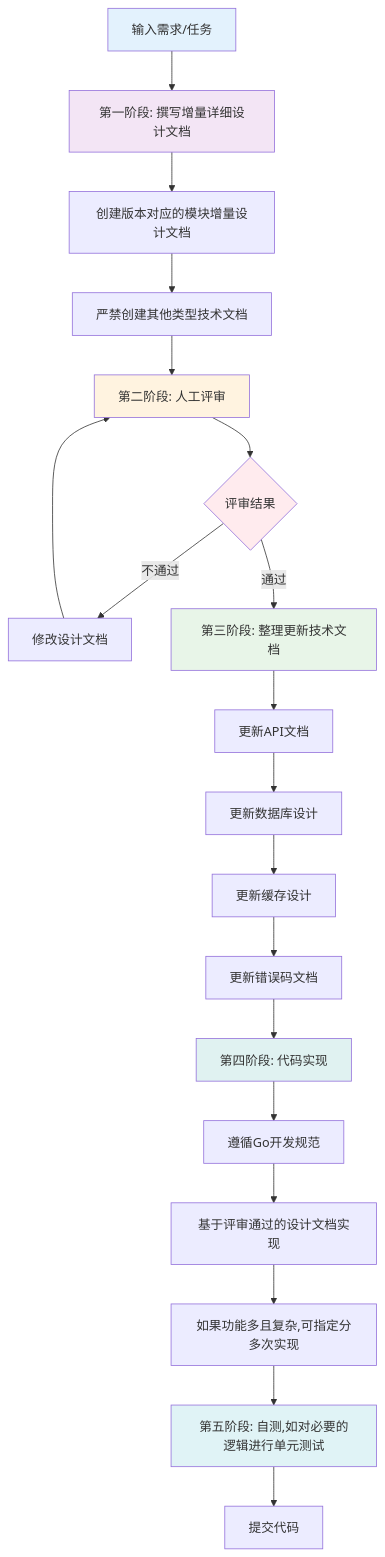
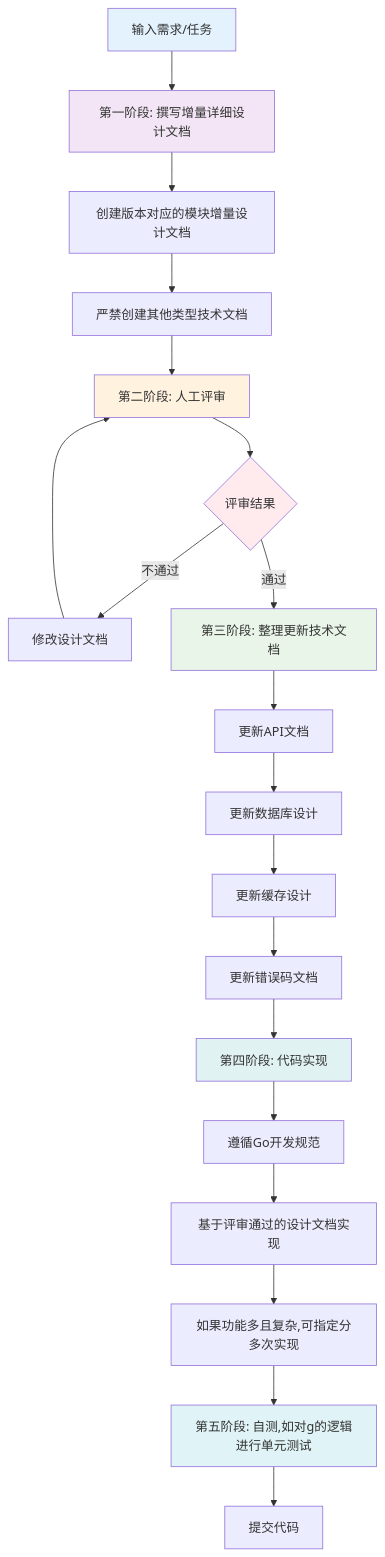
Before and after one commit to yingjianzh/iodraw-files: the diagram in all/未命名-2.md, drawn with Mermaid.

Commit message:
2025-10-23 14:22:20 update

````diff
--- a/all/未命名-2.md
+++ b/all/未命名-2.md
@@ -1,32 +1,32 @@
 ```mermaid
 
 flowchart TD
     A[输入需求/任务] --> B[第一阶段: 撰写增量详细设计文档]
     B --> C[创建版本对应的模块增量设计文档]
     C --> D[严禁创建其他类型技术文档]
     D --> E[第二阶段: 人工评审]
     E --> F{评审结果}
     F -->|不通过| G[修改设计文档]
     G --> E
     F -->|通过| H[第三阶段: 整理更新技术文档]
     H --> I[更新API文档]
     I --> J[更新数据库设计]
     J --> K[更新缓存设计]
     K --> L[更新错误码文档]
     L --> M[第四阶段: 代码实现]
     M --> N[遵循Go开发规范]
     N --> O[基于评审通过的设计文档实现]
     O --> P[如果功能多且复杂,可指定分多次实现]
-    P --> R[第五阶段: 自测,如对必要的逻辑进行单元测试]
+    P --> R[第五阶段: 自测,如对g的逻辑进行单元测试]
     R --> S[提交代码]
     
 
     style A fill:#e3f2fd
     style B fill:#f3e5f5
     style E fill:#fff3e0
     style F fill:#ffebee
     style H fill:#e8f5e8
     style M fill:#e0f2f1
     style R fill:#e0f3f6
 
 ```
````
